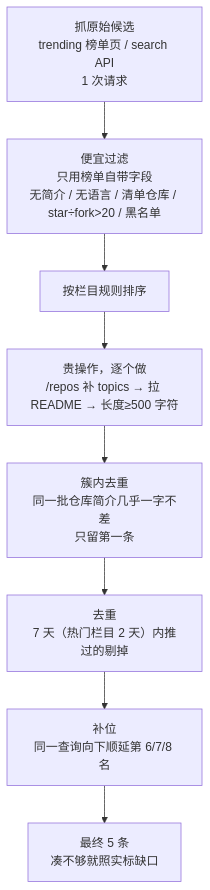
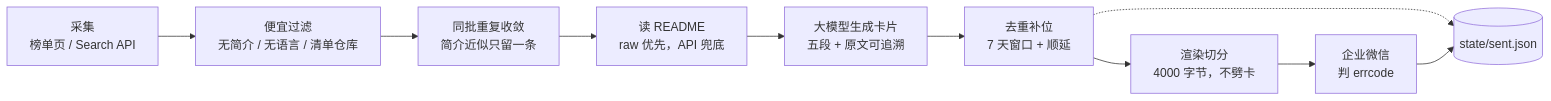
The diagram in README.md (palmer67/github-daily-digest), drawn with Mermaid before and after one commit. The commit also changed other lines of this file and 2 other files, not shown here.

Commit message:
docs: README 改成开源社区风格（徽章 / 特性 / 快速开始 / 原理图 / 配置 / 成本），补 LICENSE 与 CI

````diff
--- a/README.md
+++ b/README.md
@@ -36,10 +70,12 @@
 ```mermaid
-flowchart TD
-    S["抓原始候选<br/>trending 榜单页 / search API<br/>1 次请求"] --> F1["便宜过滤<br/>只用榜单自带字段<br/>无简介 / 无语言 / 清单仓库 / star÷fork>20 / 黑名单"]
-    F1 --> SORT["按栏目规则排序"]
-    SORT --> G["贵操作，逐个做<br/>/repos 补 topics → 拉 README → 长度≥500 字符"]
-    G --> D2["簇内去重<br/>同一批仓库简介几乎一字不差<br/>只留第一条"]
-    D2 --> D["去重<br/>7 天（热门栏目 2 天）内推过的剔掉"]
-    D --> B["补位<br/>同一查询向下顺延第 6/7/8 名"]
-    B --> R["最终 5 条<br/>凑不够就照实标缺口"]
+flowchart LR
+    A["采集<br/>榜单页 / Search API"] --> B["便宜过滤<br/>无简介 / 无语言 / 清单仓库"]
+    B --> C["同批重复收敛<br/>简介近似只留一条"]
+    C --> D["读 README<br/>raw 优先，API 兜底"]
+    D --> E["大模型生成卡片<br/>五段 + 原文可追溯"]
+    E --> F["去重补位<br/>7 天窗口 + 顺延"]
+    F --> G["渲染切分<br/>4000 字节，不劈卡"]
+    G --> H["企业微信<br/>判 errcode"]
+    F -.-> S[("state/sent.json")]
+    H --> S
 ```
````
